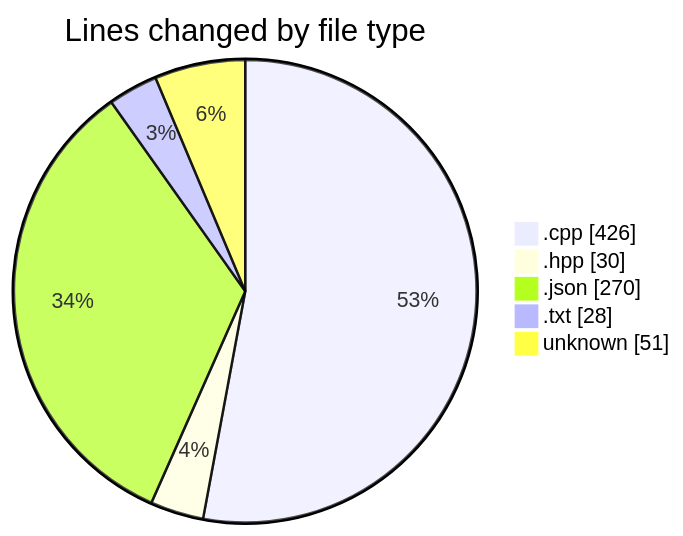
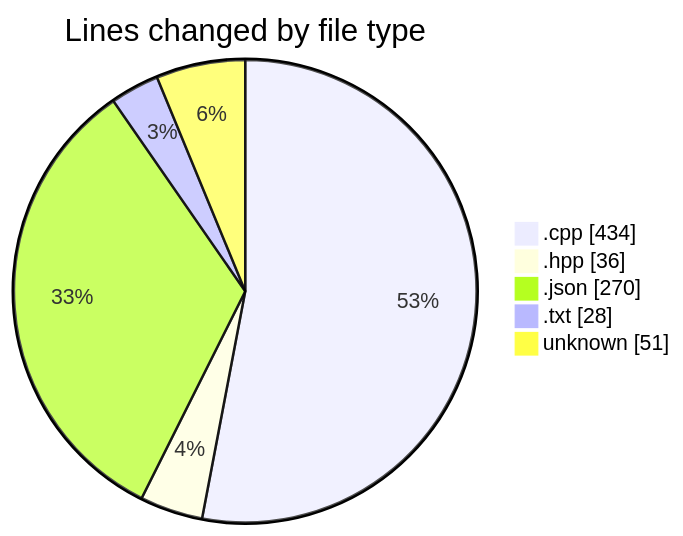
Before and after one commit to Netris89/code-tracking: the first of 2 diagrams in 2025-04-06/echo/README.md, drawn with Mermaid. The commit also changed other lines of this file and 1 other file, not shown here.

````diff
--- a/2025-04-06/echo/README.md
+++ b/2025-04-06/echo/README.md
@@ -25,9 +25,9 @@
 ```mermaid
 pie showData
 title Lines changed by file type
-".cpp" : 426
-".hpp" : 30
+".cpp" : 434
+".hpp" : 36
 ".json" : 270
 ".txt" : 28
 "unknown" : 51
 ```
````
